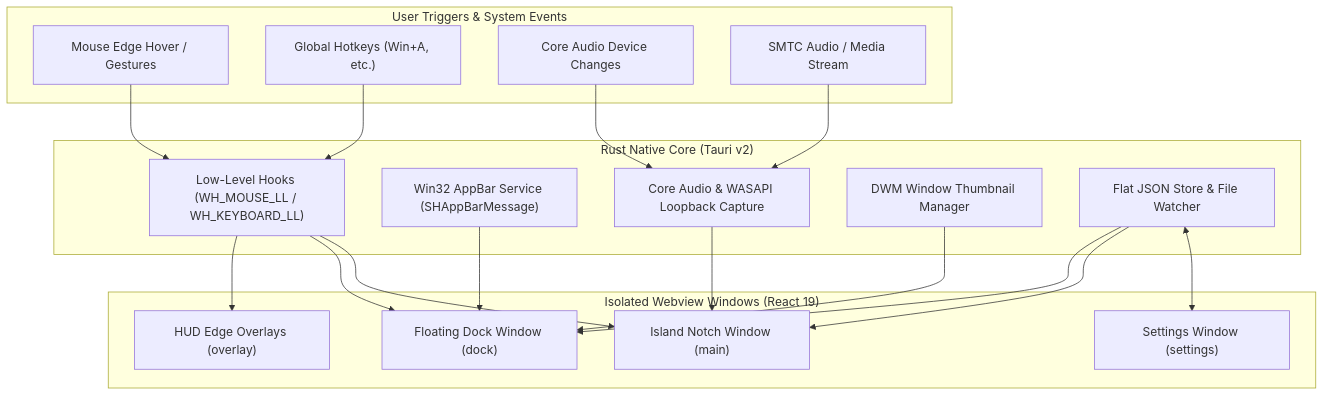
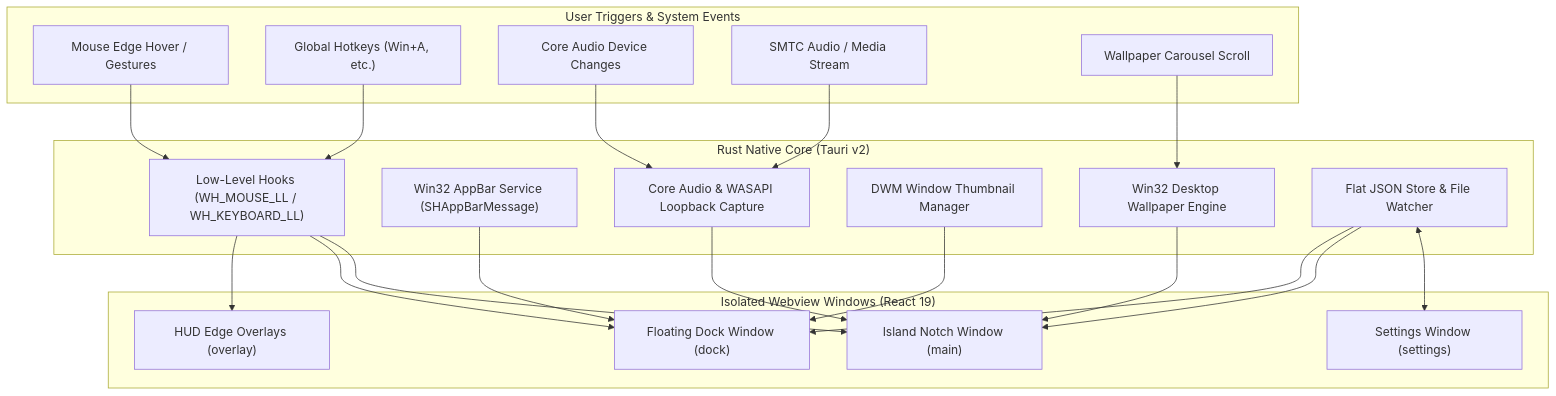
The diagram in README.md (Lukog10/Orbix), drawn with Mermaid before and after one commit. The commit also changed other lines of this file and 2 other files, not shown here.

Commit message:
docs: add Wallpaper Carousel and Power Menu sections with screenshots

````diff
--- a/README.md
+++ b/README.md
@@ -140,39 +170,43 @@
 ```mermaid
 flowchart TD
     subgraph USER ["User Triggers & System Events"]
         U1["Mouse Edge Hover / Gestures"]
         U2["Global Hotkeys (Win+A, etc.)"]
         U3["Core Audio Device Changes"]
         U4["SMTC Audio / Media Stream"]
+        U5["Wallpaper Carousel Scroll"]
     end
 
     subgraph BACKEND ["Rust Native Core (Tauri v2)"]
         WH["Low-Level Hooks (WH_MOUSE_LL / WH_KEYBOARD_LL)"]
         AB["Win32 AppBar Service (SHAppBarMessage)"]
         CA["Core Audio & WASAPI Loopback Capture"]
         TH["DWM Window Thumbnail Manager"]
+        WP["Win32 Desktop Wallpaper Engine"]
         FS["Flat JSON Store & File Watcher"]
     end
 
     subgraph FRONTEND ["Isolated Webview Windows (React 19)"]
         MAIN["Island Notch Window (main)"]
         DOCK["Floating Dock Window (dock)"]
         OVER["HUD Edge Overlays (overlay)"]
         SETT["Settings Window (settings)"]
     end
 
     U1 --> WH
     U2 --> WH
     U3 --> CA
     U4 --> CA
+    U5 --> WP
 
     WH --> MAIN
     WH --> DOCK
     WH --> OVER
     AB --> DOCK
     CA --> MAIN
     TH --> DOCK
+    WP --> MAIN
     FS <--> SETT
     FS --> MAIN
     FS --> DOCK
 ```
````
